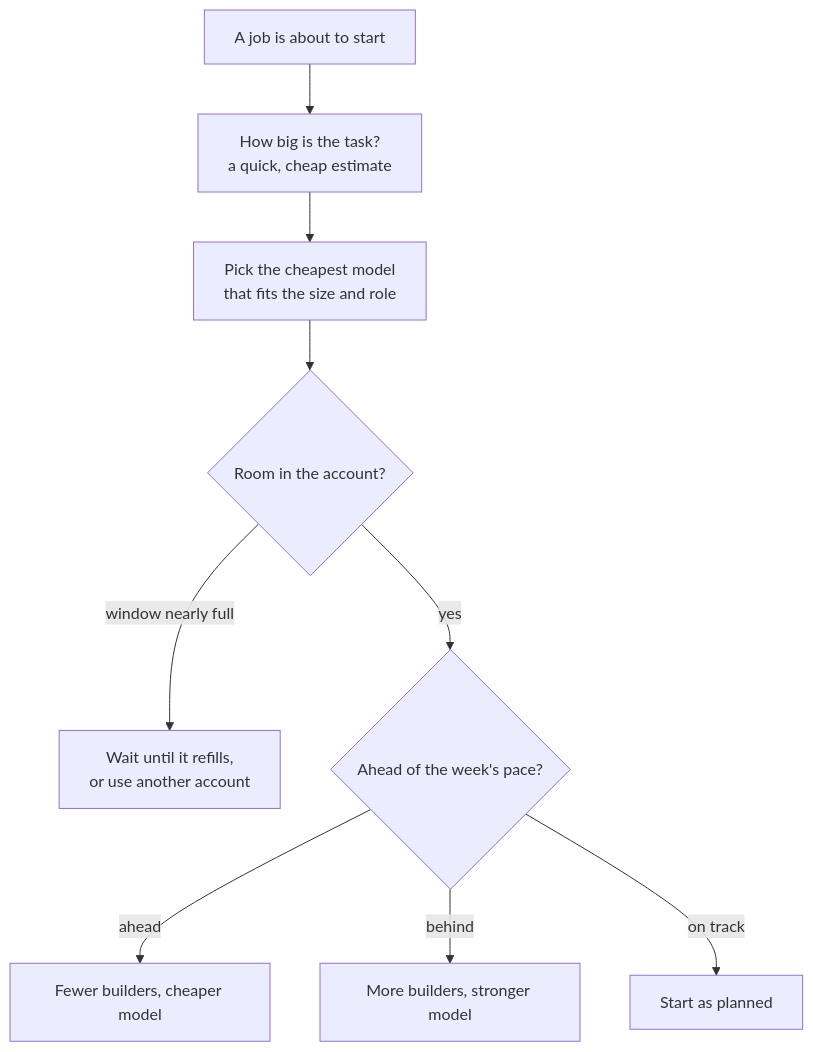
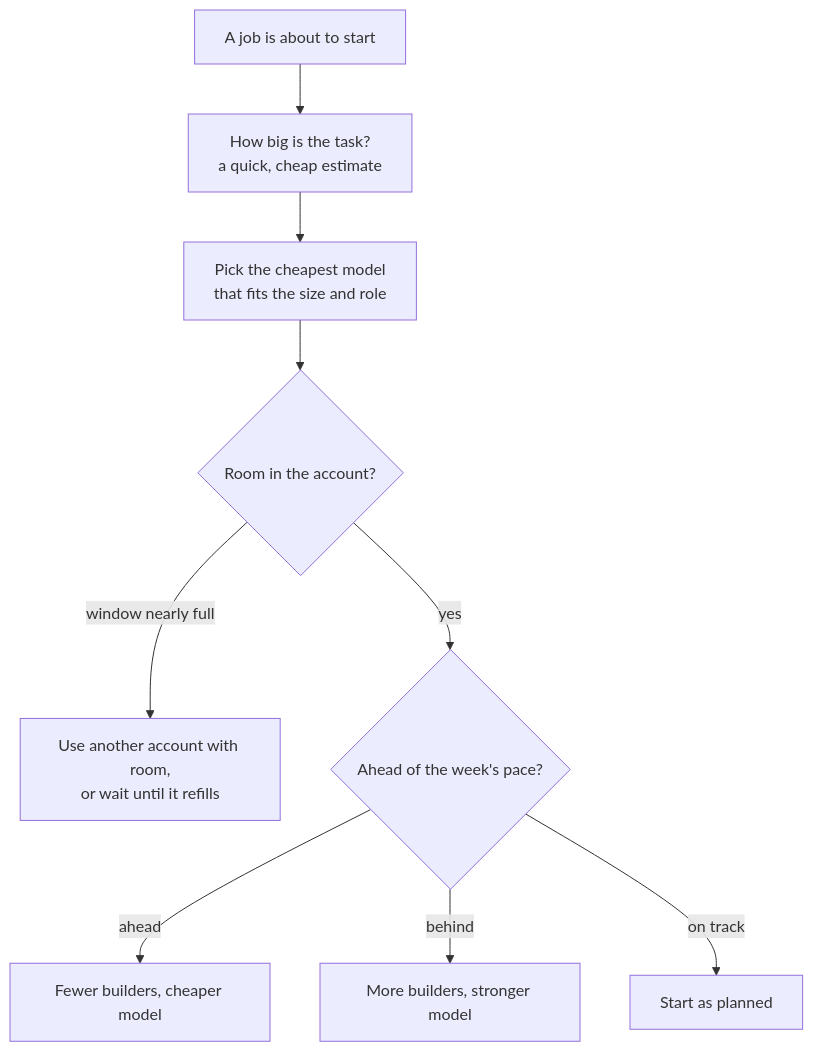
Before and after one commit to shinyredapples/intakt: the diagram in docs/guide/accounts-and-costs.md, drawn with Mermaid. The commit also changed other lines of this file and 3 other files, not shown here.

````diff
--- a/docs/guide/accounts-and-costs.md
+++ b/docs/guide/accounts-and-costs.md
@@ -25,11 +25,11 @@
 ```mermaid
 flowchart TD
   job[A job is about to start] --> size[How big is the task?<br/>a quick, cheap estimate]
   size --> model[Pick the cheapest model<br/>that fits the size and role]
   model --> room{Room in the account?}
-  room -- "window nearly full" --> wait[Wait until it refills,<br/>or use another account]
+  room -- "window nearly full" --> wait[Use another account with room,<br/>or wait until it refills]
   room -- yes --> pace{Ahead of the week's pace?}
   pace -- ahead --> less[Fewer builders, cheaper model]
   pace -- behind --> more[More builders, stronger model]
   pace -- on track --> go[Start as planned]
 ```
````
